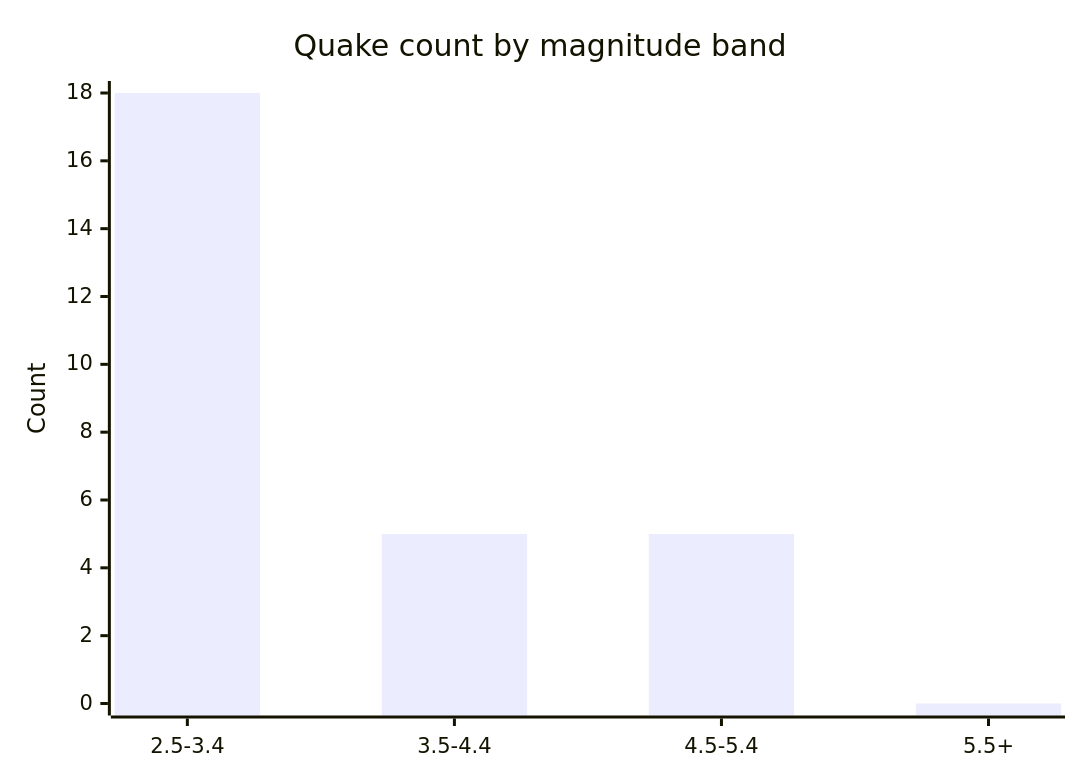
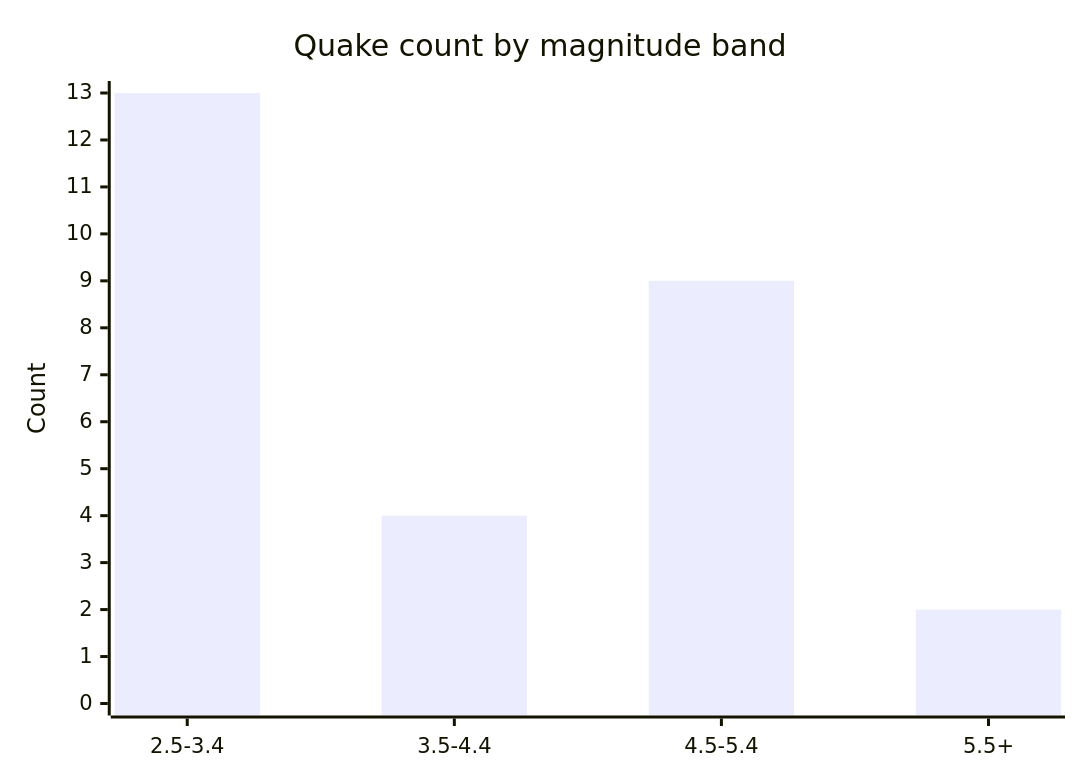
One commit to Midwest-Stratospheric/aerostratospheric-defense-gir changed the fifth of 6 diagrams in docs/GRAPHS.md. Above: the diagram before and after it, drawn with Mermaid. The commit also changed other lines of this file and 26 other files, not shown here.

````diff
--- a/docs/GRAPHS.md
+++ b/docs/GRAPHS.md
@@ -82,7 +82,7 @@
 ```mermaid
 xychart-beta
   title "Quake count by magnitude band"
   x-axis ["2.5-3.4", "3.5-4.4", "4.5-5.4", "5.5+"]
-  y-axis "Count" 0 --> 18
-  bar [18, 5, 5, 0]
+  y-axis "Count" 0 --> 13
+  bar [13, 4, 9, 2]
 ```
````
